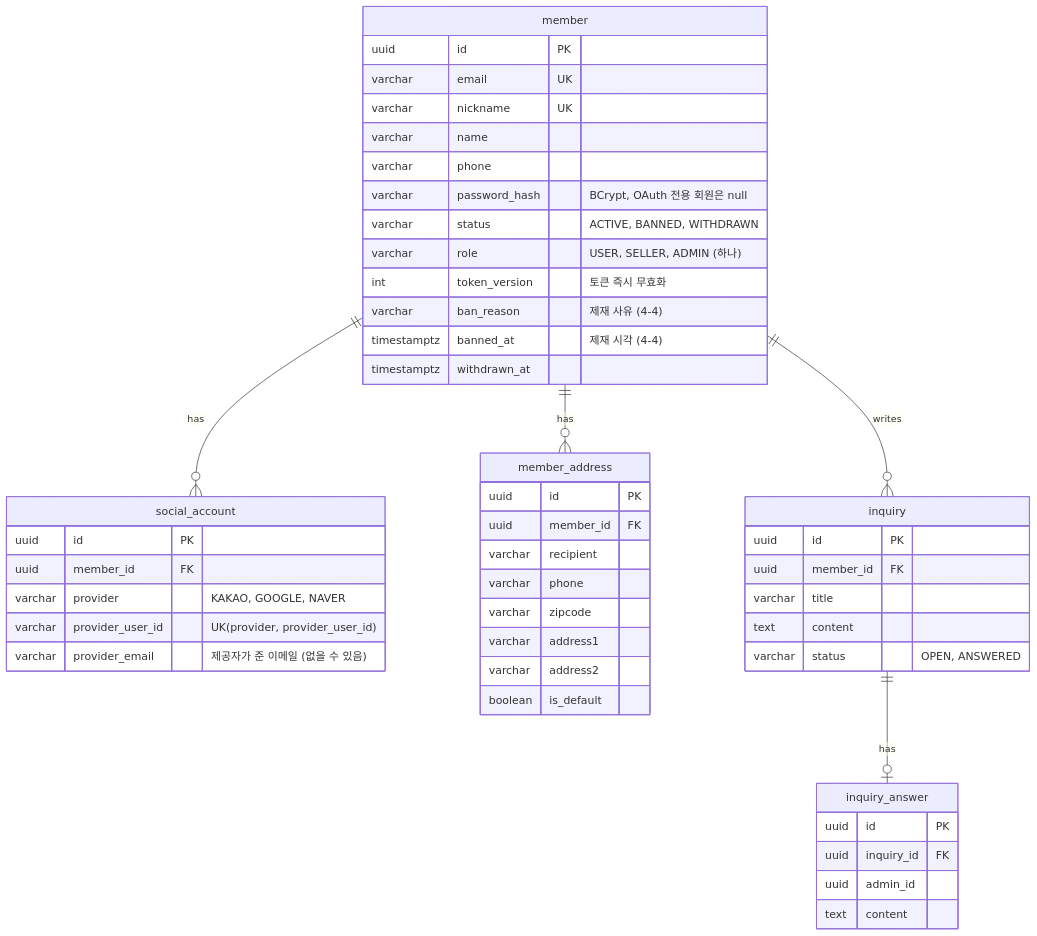
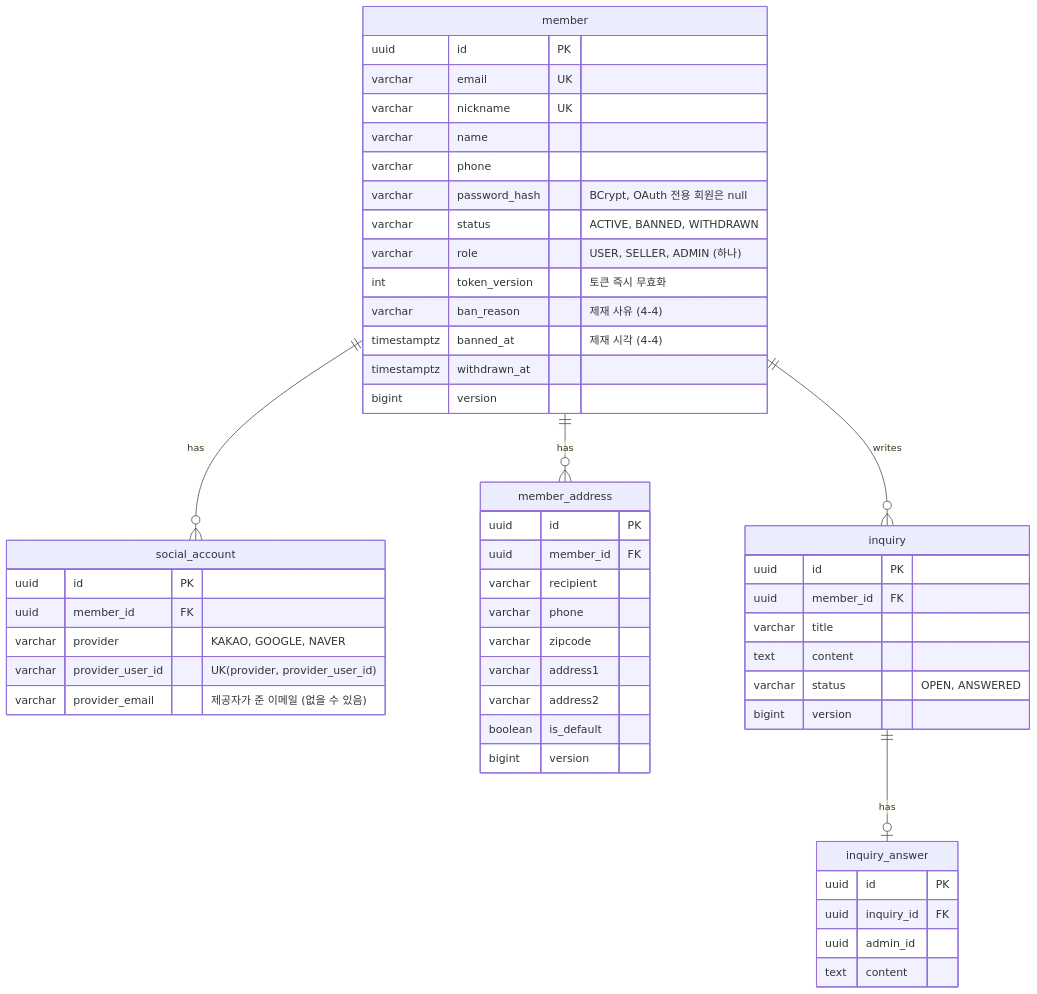
The first of 10 diagrams in docs/02-design/03-erd.md (95twan/myroutine-v2), drawn with Mermaid before and after one commit. The commit also changed other lines of this file and 24 other files, not shown here.

````diff
--- a/docs/02-design/03-erd.md
+++ b/docs/02-design/03-erd.md
@@ -27,51 +28,54 @@
 ```mermaid
 erDiagram
   member ||--o{ social_account : has
   member ||--o{ member_address : has
   member ||--o{ inquiry : writes
   inquiry ||--o| inquiry_answer : has
   member {
     uuid id PK
     varchar email UK
     varchar nickname UK
     varchar name
     varchar phone
     varchar password_hash "BCrypt, OAuth 전용 회원은 null"
     varchar status "ACTIVE, BANNED, WITHDRAWN"
     varchar role "USER, SELLER, ADMIN (하나)"
     int token_version "토큰 즉시 무효화"
     varchar ban_reason "제재 사유 (4-4)"
     timestamptz banned_at "제재 시각 (4-4)"
     timestamptz withdrawn_at
+    bigint version
   }
   social_account {
     uuid id PK
     uuid member_id FK
     varchar provider "KAKAO, GOOGLE, NAVER"
     varchar provider_user_id "UK(provider, provider_user_id)"
     varchar provider_email "제공자가 준 이메일 (없을 수 있음)"
   }
   member_address {
     uuid id PK
     uuid member_id FK
     varchar recipient
     varchar phone
     varchar zipcode
     varchar address1
     varchar address2
     boolean is_default
+    bigint version
   }
   inquiry {
     uuid id PK
     uuid member_id FK
     varchar title
     text content
     varchar status "OPEN, ANSWERED"
+    bigint version
   }
   inquiry_answer {
     uuid id PK
     uuid inquiry_id FK
     uuid admin_id
     text content
   }
 ```
````
